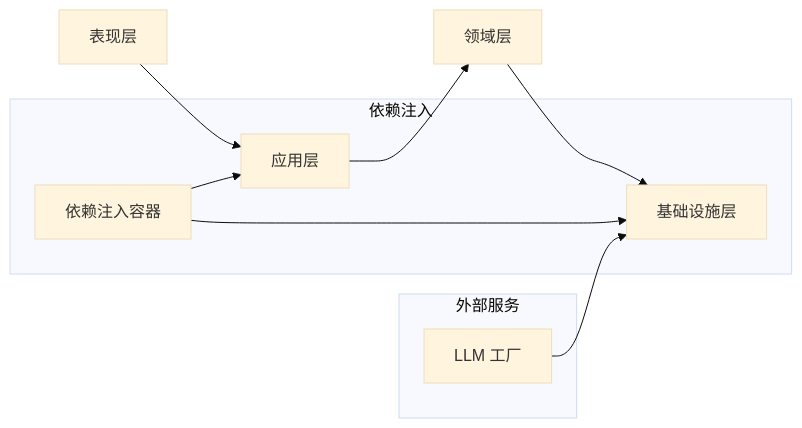
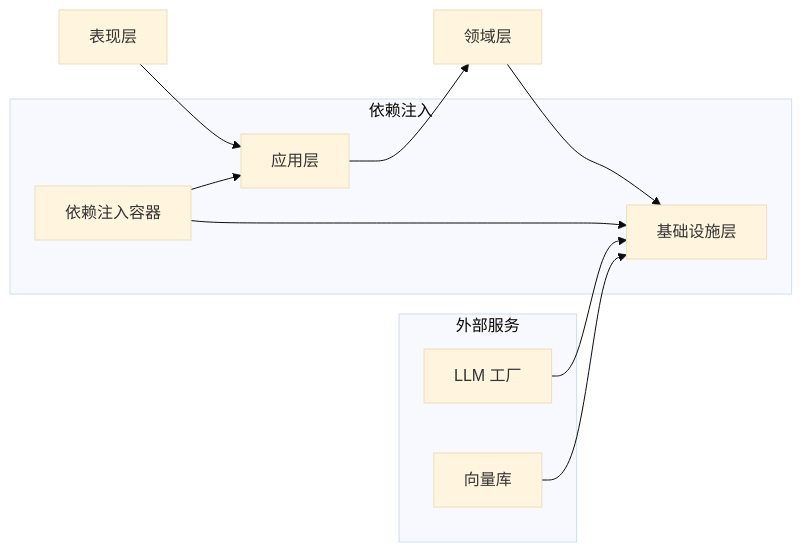
Before and after one commit to octsfm/InkTrace: the eighth of 8 diagrams in .qoder/repowiki/zh/content/系统架构设计/系统架构设计.md, drawn with Mermaid (base theme). The commit also changed other lines of this file and 25 other files, not shown here.

````diff
--- a/.qoder/repowiki/zh/content/系统架构设计/系统架构设计.md
+++ b/.qoder/repowiki/zh/content/系统架构设计/系统架构设计.md
@@ -326,13 +379,14 @@
 ```mermaid
 graph LR
 Presentation["表现层"] --> Application["应用层"]
 Application --> Domain["领域层"]
 Domain --> Infrastructure["基础设施层"]
 subgraph "依赖注入"
 DI["依赖注入容器"] --> Application
 DI --> Infrastructure
 end
 subgraph "外部服务"
 LLM["LLM 工厂"] --> Infrastructure
+Vector["向量库"] --> Infrastructure
 end
 ```
````
